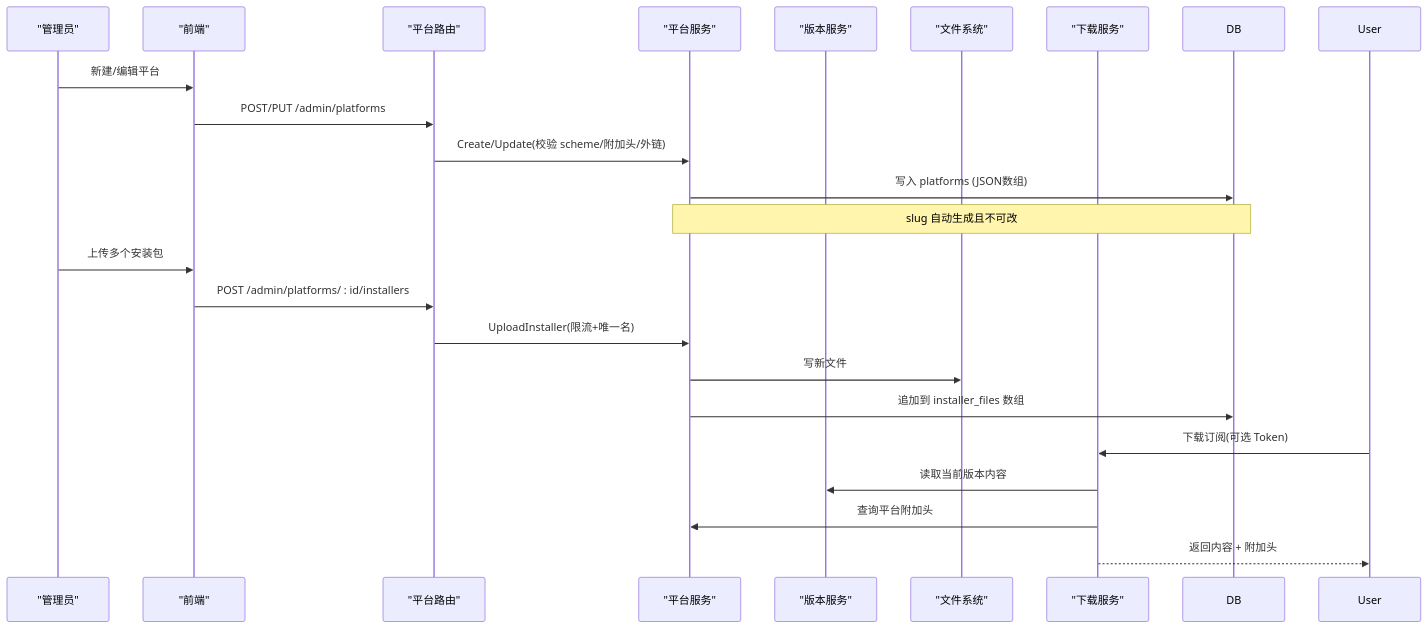
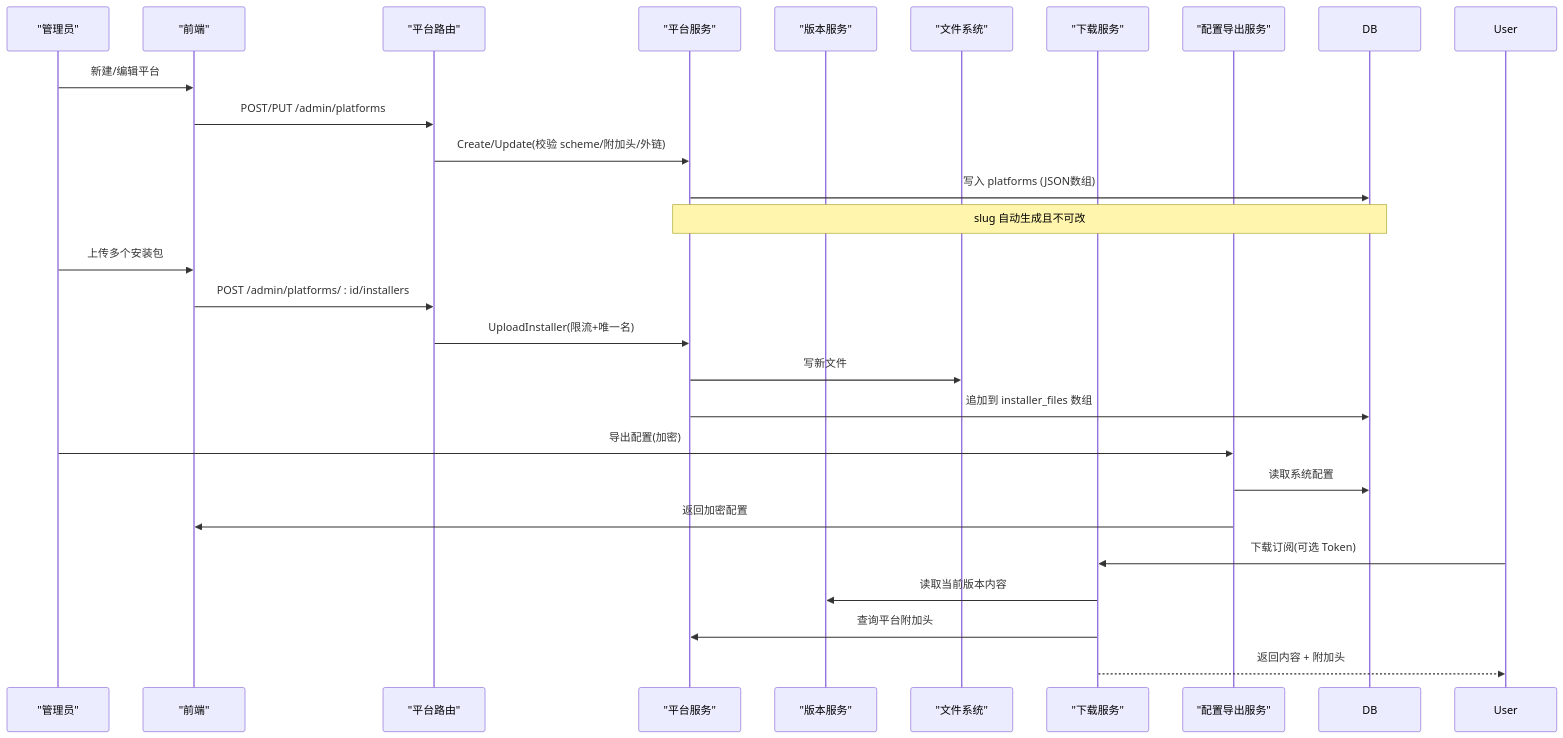
Before and after one commit to AlcaProphet/VPN-Subscription-Management: the second of 7 diagrams in .qoder/repowiki/zh/content/核心功能模块/平台管理.md, drawn with Mermaid. The commit also changed other lines of this file and 8 other files, not shown here.

````diff
--- a/.qoder/repowiki/zh/content/核心功能模块/平台管理.md
+++ b/.qoder/repowiki/zh/content/核心功能模块/平台管理.md
@@ -101,24 +111,28 @@
 ```mermaid
 sequenceDiagram
 participant Admin as "管理员"
 participant FE as "前端"
 participant API as "平台路由"
 participant PS as "平台服务"
 participant VS as "版本服务"
 participant FS as "文件系统"
 participant DS as "下载服务"
+participant ES as "配置导出服务"
 Admin->>FE : 新建/编辑平台
 FE->>API : POST/PUT /admin/platforms
 API->>PS : Create/Update(校验 scheme/附加头/外链)
 PS->>DB : 写入 platforms (JSON数组)
 Note over PS,DB : slug 自动生成且不可改
 Admin->>FE : 上传多个安装包
 FE->>API : POST /admin/platforms/ : id/installers
 API->>PS : UploadInstaller(限流+唯一名)
 PS->>FS : 写新文件
 PS->>DB : 追加到 installer_files 数组
+Admin->>ES : 导出配置(加密)
+ES->>DB : 读取系统配置
+ES->>FE : 返回加密配置
 User->>DS : 下载订阅(可选 Token)
 DS->>VS : 读取当前版本内容
 DS->>PS : 查询平台附加头
 DS-->>User : 返回内容 + 附加头
 ```
````
